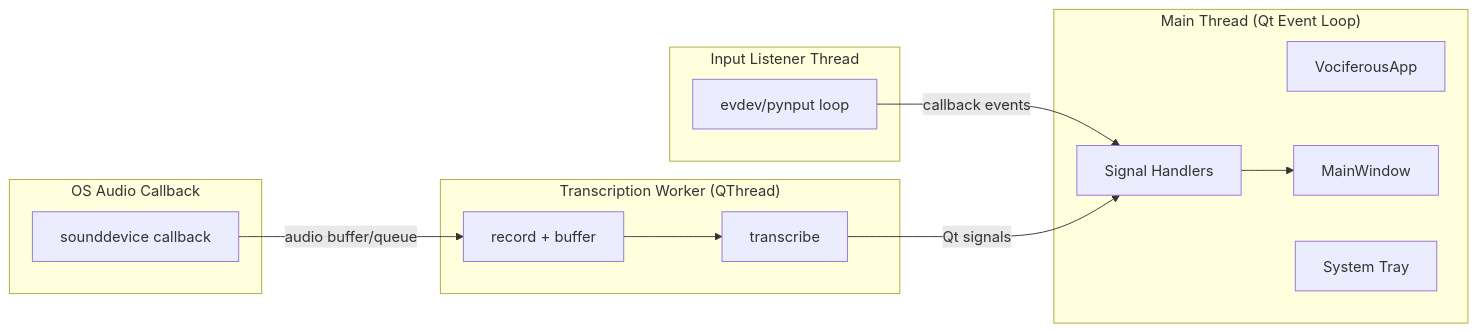
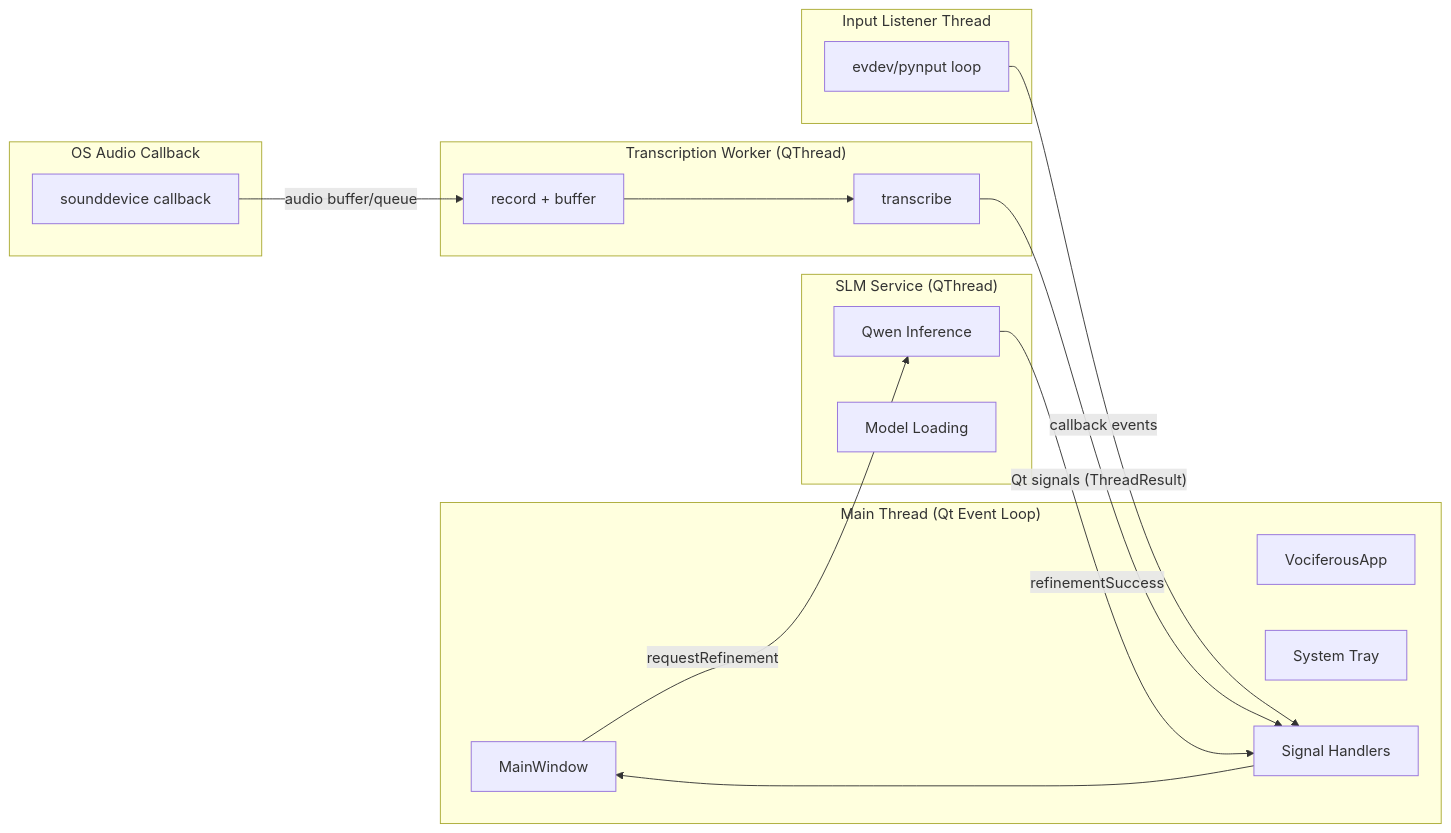
One commit to WanderingAstronomer/Vociferous changed the diagram in docs/wiki/Threading-Model.md. Above: the diagram before and after it, drawn with Mermaid. The commit also changed other lines of this file and 2 other files, not shown here.

Commit message:
v2.4.1 - Documentation Polish
Fixed rendering issues in threading model documentation.

````diff
--- a/docs/wiki/Threading-Model.md
+++ b/docs/wiki/Threading-Model.md
@@ -7,28 +7,35 @@
 ```mermaid
-graph LR
-    subgraph MainThread["Main Thread (Qt Event Loop)"]
-        App[VociferousApp]
-        UI[MainWindow]
-        Tray[System Tray]
-        Signals[Signal Handlers]
+flowchart LR
+    subgraph MainThread ["Main Thread (Qt Event Loop)"]
+        App["VociferousApp"]
+        UI["MainWindow"]
+        Tray["System Tray"]
+        Signals["Signal Handlers"]
     end
 
-    subgraph ListenerThread["Input Listener Thread"]
-        Listen[evdev/pynput loop]
+    subgraph ListenerThread ["Input Listener Thread"]
+        Listen["evdev/pynput loop"]
     end
 
-    subgraph AudioThread["OS Audio Callback"]
-        Callback[sounddevice callback]
+    subgraph AudioThread ["OS Audio Callback"]
+        Callback["sounddevice callback"]
     end
 
-    subgraph WorkerThread["Transcription Worker (QThread)"]
-        Record[record + buffer]
-        Transcribe[transcribe]
+    subgraph WorkerThread ["Transcription Worker (QThread)"]
+        Record["record + buffer"]
+        Transcribe["transcribe"]
     end
 
-    Listen -->|callback events| Signals
-    Callback -->|audio buffer/queue| Record
+    subgraph RefinementThread ["SLM Service (QThread)"]
+        LLM["Qwen Inference"]
+        Load["Model Loading"]
+    end
+
+    Listen -- "callback events" --> Signals
+    Callback -- "audio buffer/queue" --> Record
     Record --> Transcribe
-    Transcribe -->|Qt signals| Signals
+    Transcribe -- "Qt signals (ThreadResult)" --> Signals
     Signals --> UI
+    UI -- "requestRefinement" --> LLM
+    LLM -- "refinementSuccess" --> Signals
 ```
````
